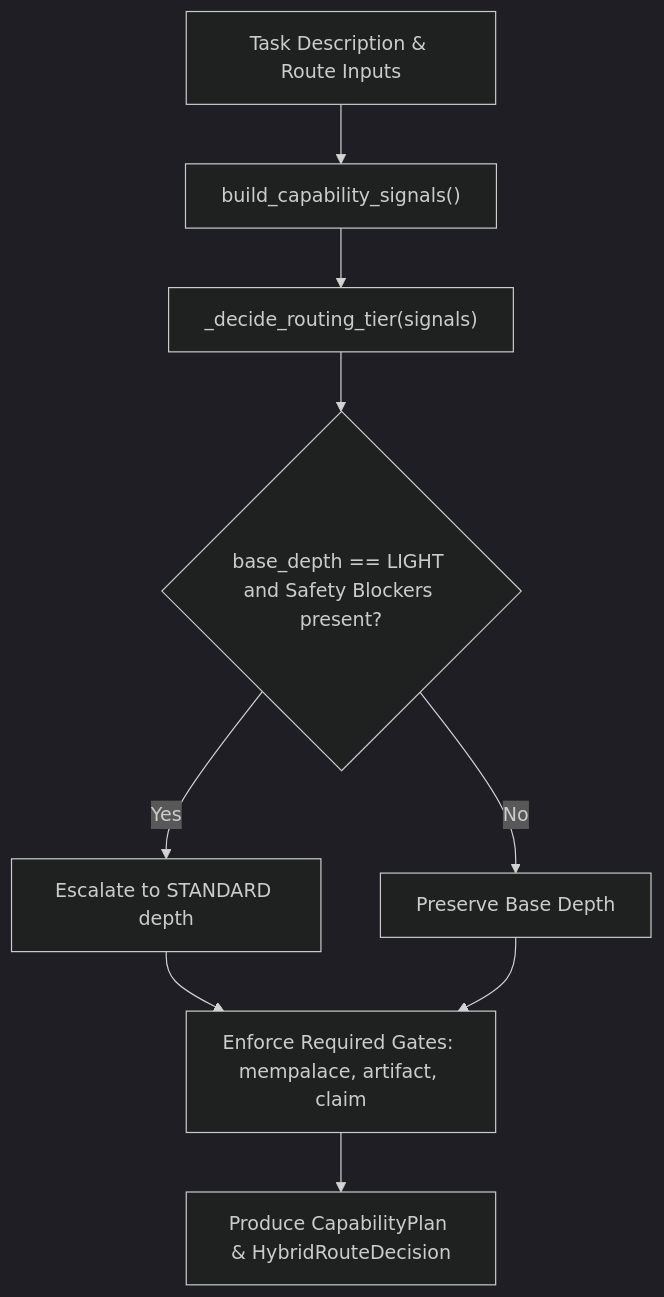
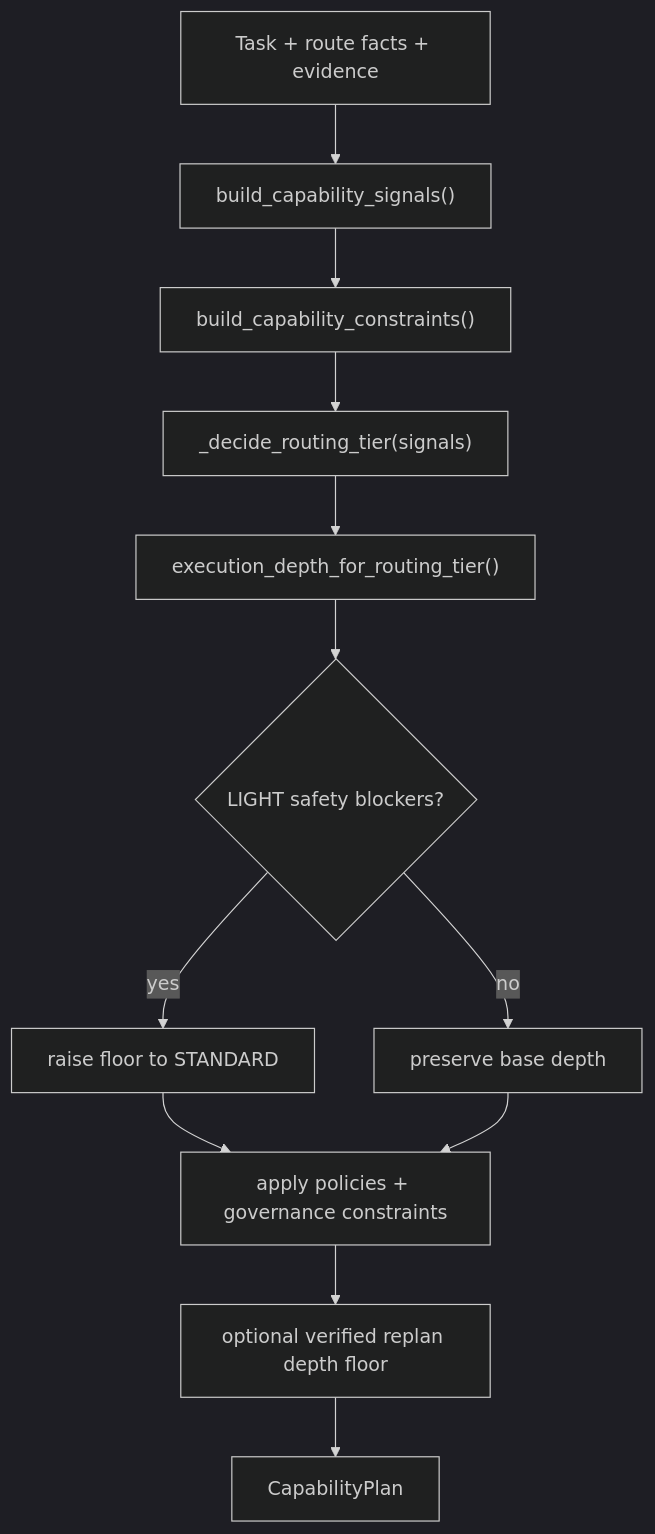
One commit to James3014/Nexus-new changed the diagram in openwiki/routing/capability-planner.md. Above: the diagram before and after it, drawn with Mermaid (dark theme). The commit also changed other lines of this file, not shown here.

Commit message:
docs(openwiki): correct planner authority and depth semantics

````diff
--- a/openwiki/routing/capability-planner.md
+++ b/openwiki/routing/capability-planner.md
@@ -34,11 +47,14 @@
 ```mermaid
 flowchart TD
-    A["Task Description & Route Inputs"] --> B["build_capability_signals()"]
-    B --> C["_decide_routing_tier(signals)"]
-    C --> D{"base_depth == LIGHT and Safety Blockers present?"}
-    D -- "Yes" --> E["Escalate to STANDARD depth"]
-    D -- "No" --> F["Preserve Base Depth"]
-    E --> G["Enforce Required Gates: mempalace, artifact, claim"]
-    F --> G
-    G --> H["Produce CapabilityPlan & HybridRouteDecision"]
+    A["Task + route facts + evidence"] --> B["build_capability_signals()"]
+    B --> C["build_capability_constraints()"]
+    C --> D["_decide_routing_tier(signals)"]
+    D --> E["execution_depth_for_routing_tier()"]
+    E --> F{"LIGHT safety blockers?"}
+    F -- "yes" --> G["raise floor to STANDARD"]
+    F -- "no" --> H["preserve base depth"]
+    G --> I["apply policies + governance constraints"]
+    H --> I
+    I --> J["optional verified replan depth floor"]
+    J --> K["CapabilityPlan"]
 ```
````
